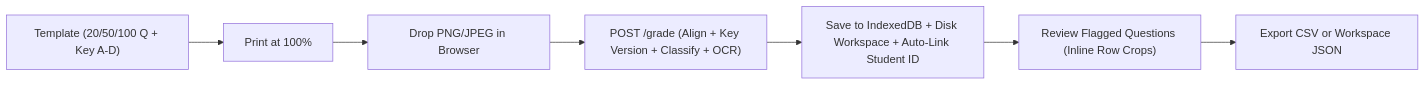
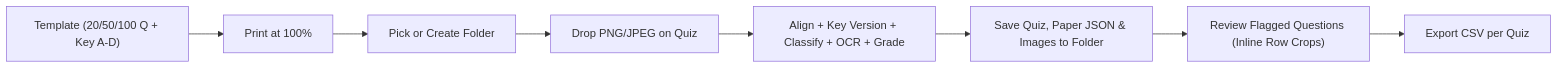
The diagram in README.md (AstirisAQW/autogradequiz), drawn with Mermaid before and after one commit. The commit also changed other lines of this file, not shown here.

Commit message:
docs(workspace): document folder-based disk workspace, class terminology, and test layout

````diff
--- a/README.md
+++ b/README.md
@@ -13,9 +13,10 @@
 ```mermaid
 flowchart LR
     T["Template (20/50/100 Q + Key A-D)"] --> P["Print at 100%"]
-    P --> U["Drop PNG/JPEG in Browser"]
-    U --> G["POST /grade (Align + Key Version + Classify + OCR)"]
-    G --> W["Save to IndexedDB + Disk Workspace + Auto-Link Student ID"]
+    P --> F["Pick or Create Folder"]
+    F --> U["Drop PNG/JPEG on Quiz"]
+    U --> G["Align + Key Version + Classify + OCR + Grade"]
+    G --> W["Save Quiz, Paper JSON & Images to Folder"]
     W --> V["Review Flagged Questions (Inline Row Crops)"]
-    V --> E["Export CSV or Workspace JSON"]
+    V --> E["Export CSV per Quiz"]
 ```
````
